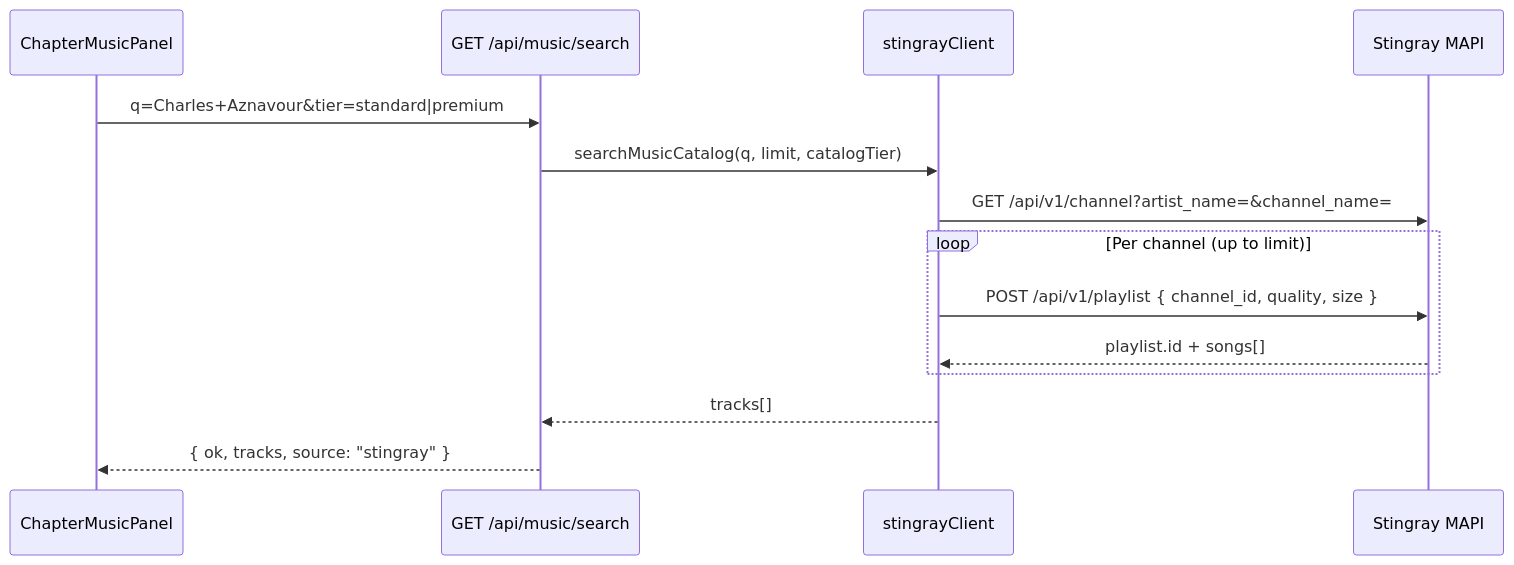
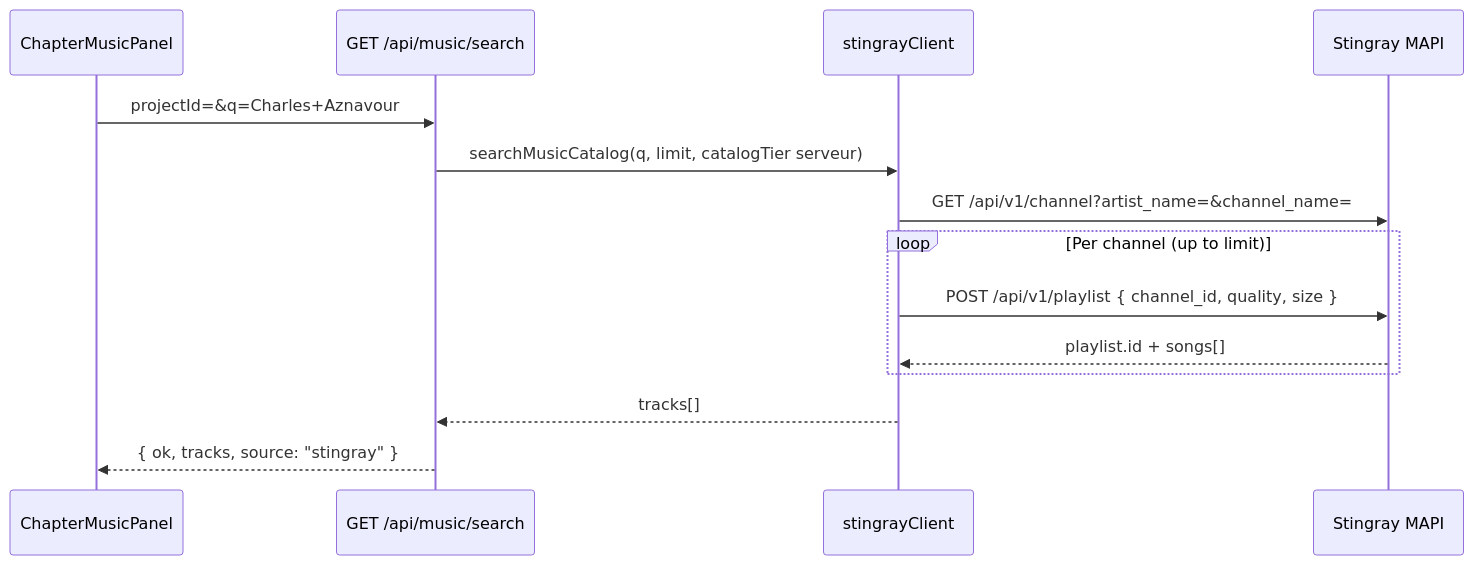
Before and after one commit to Lyra-OD/odyssey-web: the diagram in docs/STINGRAY_MUSIC_INTEGRATION.md, drawn with Mermaid. The commit also changed other lines of this file and 16 other files, not shown here.

Commit message:
fix(music): sécurisation stricte des routes Stingray P0-05, tier serveur et correction SoftCap

````diff
--- a/docs/STINGRAY_MUSIC_INTEGRATION.md
+++ b/docs/STINGRAY_MUSIC_INTEGRATION.md
@@ -66,17 +68,17 @@
 ```mermaid
 sequenceDiagram
   participant UI as ChapterMusicPanel
   participant Search as GET /api/music/search
   participant Client as stingrayClient
   participant MAPI as Stingray MAPI
 
-  UI->>Search: q=Charles+Aznavour&tier=standard|premium
-  Search->>Client: searchMusicCatalog(q, limit, catalogTier)
+  UI->>Search: projectId=&q=Charles+Aznavour
+  Search->>Client: searchMusicCatalog(q, limit, catalogTier serveur)
   Client->>MAPI: GET /api/v1/channel?artist_name=&channel_name=
   loop Per channel (up to limit)
     Client->>MAPI: POST /api/v1/playlist { channel_id, quality, size }
     MAPI-->>Client: playlist.id + songs[]
   end
   Client-->>Search: tracks[]
   Search-->>UI: { ok, tracks, source: "stingray" }
 ```
````
